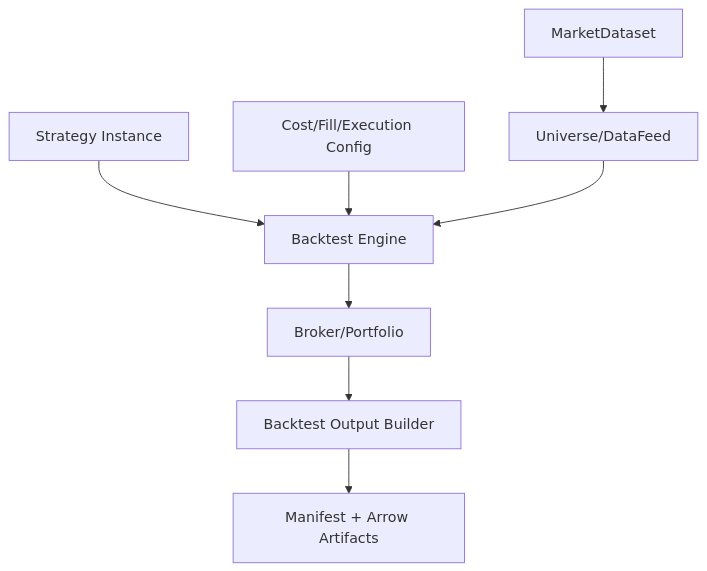
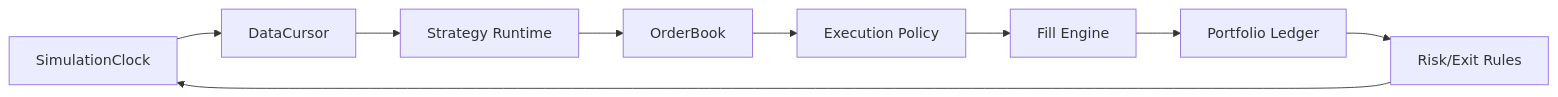
The first of 2 diagrams in V31design/designV31/DESIGN_ARCH_FINANCE_V31.md (RESBI/StockStatistic), drawn with Mermaid before and after one commit. The commit also changed other lines of this file and 18 other files, not shown here.

Commit message:
V3.1 docs: finalize architecture and delivery plan

````diff
--- a/V31design/designV31/DESIGN_ARCH_FINANCE_V31.md
+++ b/V31design/designV31/DESIGN_ARCH_FINANCE_V31.md
@@ -190,10 +206,11 @@
 ```mermaid
-flowchart TD
-    D[MarketDataset] --> U[Universe/DataFeed]
-    S[Strategy Instance] --> E[Backtest Engine]
-    C[Cost/Fill/Execution Config] --> E
-    U --> E
-    E --> B[Broker/Portfolio]
-    B --> R[Backtest Output Builder]
-    R --> M[Manifest + Arrow Artifacts]
+flowchart LR
+    C[SimulationClock] --> D[DataCursor]
+    D --> S[Strategy Runtime]
+    S --> O[OrderBook]
+    O --> E[Execution Policy]
+    E --> F[Fill Engine]
+    F --> P[Portfolio Ledger]
+    P --> R[Risk/Exit Rules]
+    R --> C
 ```
````
